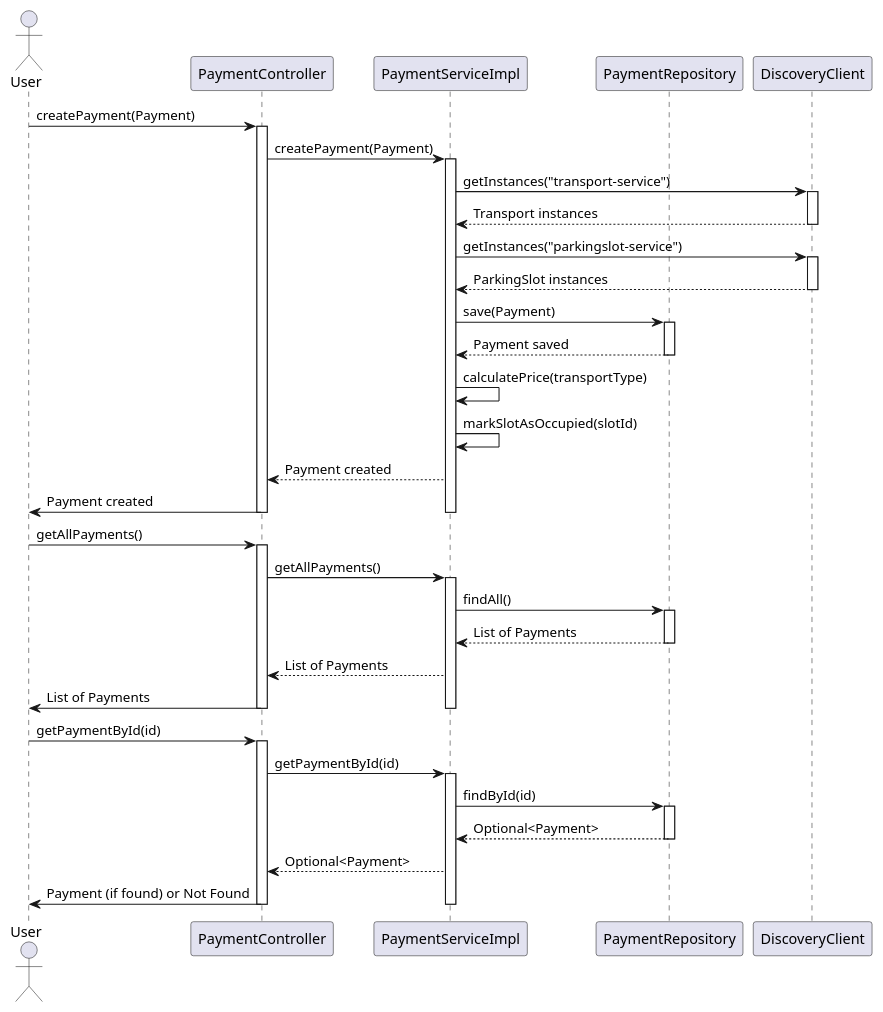
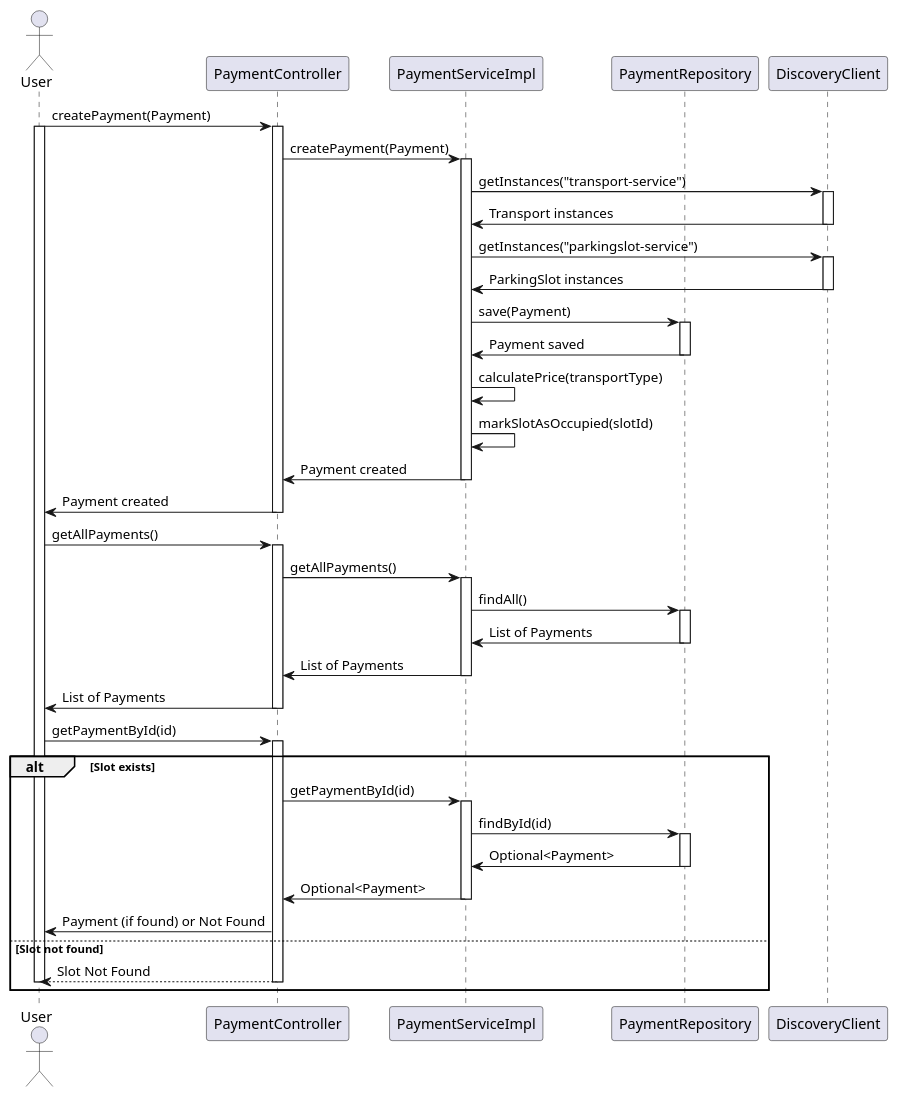
One commit to RakusasuDorea/MicroserviceDemo changed the diagram in payment-service/src/uml/Payment.puml. Above: the diagram before and after it, drawn with PlantUML.

Commit message:
Payment.puml

```diff
--- a/payment-service/src/uml/Payment.puml
+++ b/payment-service/src/uml/Payment.puml
@@ -1,63 +1,68 @@
 @startuml
 
 actor User
 participant PaymentController
 participant PaymentServiceImpl
 participant PaymentRepository
 participant DiscoveryClient
 
 User -> PaymentController: createPayment(Payment)
 activate PaymentController
+activate User
 PaymentController -> PaymentServiceImpl: createPayment(Payment)
 activate PaymentServiceImpl
 
 PaymentServiceImpl -> DiscoveryClient: getInstances("transport-service")
 activate DiscoveryClient
-DiscoveryClient --> PaymentServiceImpl: Transport instances
+DiscoveryClient -> PaymentServiceImpl: Transport instances
 deactivate DiscoveryClient
 
 PaymentServiceImpl -> DiscoveryClient: getInstances("parkingslot-service")
 activate DiscoveryClient
-DiscoveryClient --> PaymentServiceImpl: ParkingSlot instances
+DiscoveryClient -> PaymentServiceImpl: ParkingSlot instances
 deactivate DiscoveryClient
 
 PaymentServiceImpl -> PaymentRepository: save(Payment)
 activate PaymentRepository
-PaymentRepository --> PaymentServiceImpl: Payment saved
+PaymentRepository -> PaymentServiceImpl: Payment saved
 deactivate PaymentRepository
 
 PaymentServiceImpl -> PaymentServiceImpl: calculatePrice(transportType)
 PaymentServiceImpl -> PaymentServiceImpl: markSlotAsOccupied(slotId)
 
-PaymentServiceImpl --> PaymentController: Payment created
+PaymentServiceImpl -> PaymentController: Payment created
+deactivate PaymentServiceImpl
 PaymentController -> User: Payment created
-deactivate PaymentServiceImpl
 deactivate PaymentController
 
 User -> PaymentController: getAllPayments()
 activate PaymentController
 PaymentController -> PaymentServiceImpl: getAllPayments()
 activate PaymentServiceImpl
 PaymentServiceImpl -> PaymentRepository: findAll()
 activate PaymentRepository
-PaymentRepository --> PaymentServiceImpl: List of Payments
+PaymentRepository -> PaymentServiceImpl: List of Payments
 deactivate PaymentRepository
-PaymentServiceImpl --> PaymentController: List of Payments
+PaymentServiceImpl -> PaymentController: List of Payments
+deactivate PaymentServiceImpl
 PaymentController -> User: List of Payments
-deactivate PaymentServiceImpl
 deactivate PaymentController
 
 User -> PaymentController: getPaymentById(id)
 activate PaymentController
+alt Slot exists
 PaymentController -> PaymentServiceImpl: getPaymentById(id)
 activate PaymentServiceImpl
 PaymentServiceImpl -> PaymentRepository: findById(id)
 activate PaymentRepository
-PaymentRepository --> PaymentServiceImpl: Optional<Payment>
+PaymentRepository -> PaymentServiceImpl: Optional<Payment>
 deactivate PaymentRepository
-PaymentServiceImpl --> PaymentController: Optional<Payment>
+PaymentServiceImpl -> PaymentController: Optional<Payment>
+deactivate PaymentServiceImpl
 PaymentController -> User: Payment (if found) or Not Found
-deactivate PaymentServiceImpl
+else Slot not found
+PaymentController --> User: Slot Not Found
 deactivate PaymentController
-
+deactivate User
+end
 @enduml
```
